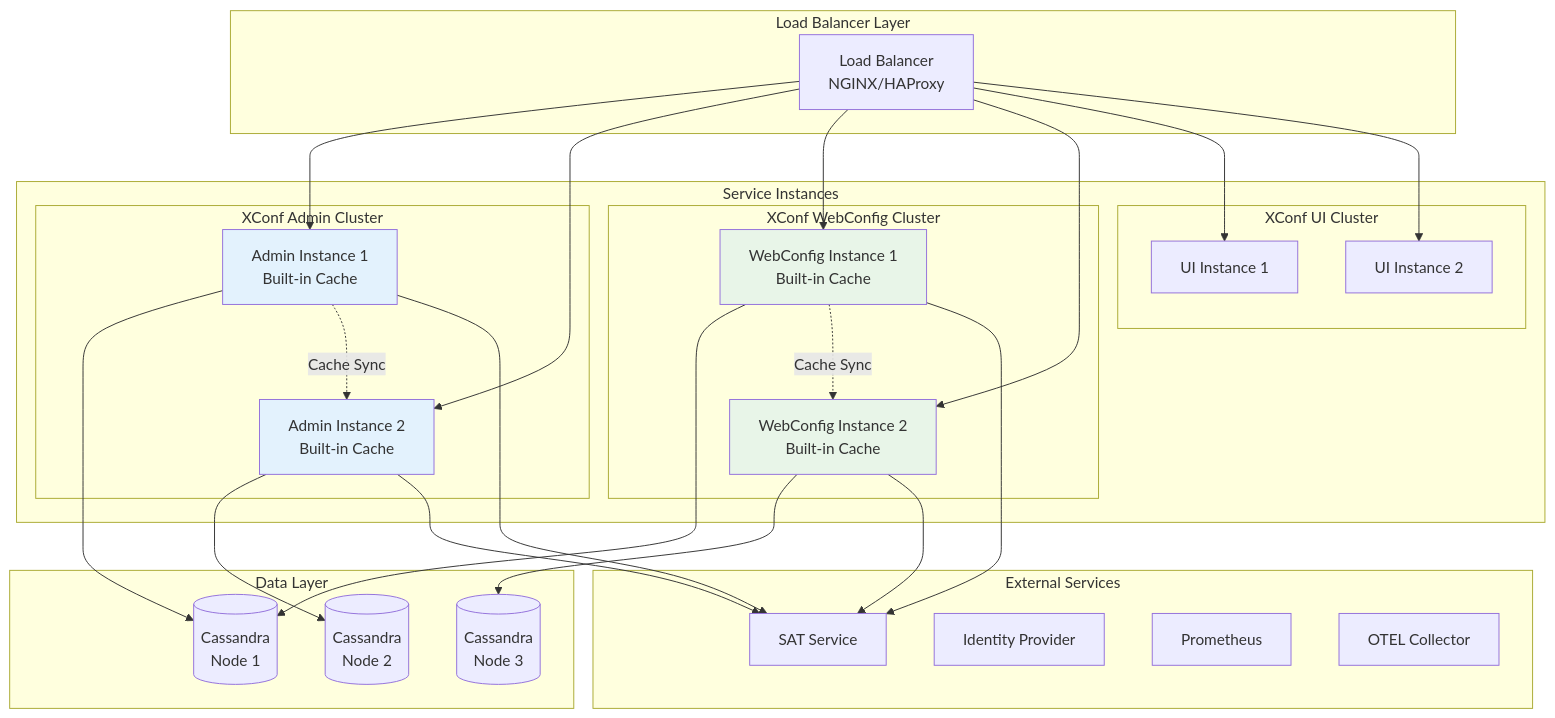
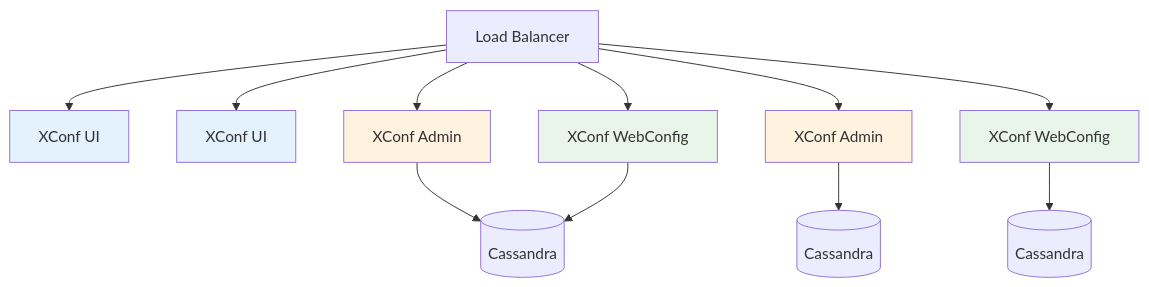
One commit to rdkcentral/xconfadmin changed the second of 2 diagrams in docs/architecture.md. Above: the diagram before and after it, drawn with Mermaid. The commit also changed other lines of this file, not shown here.

````diff
--- a/docs/architecture.md
+++ b/docs/architecture.md
@@ -78,61 +35,41 @@
 ```mermaid
 graph TB
-    subgraph "Load Balancer Layer"
-        LB[Load Balancer<br/>NGINX/HAProxy]
-    end
+    %% Load Balancer
+    LB[Load Balancer]
     
-    subgraph "Service Instances"
-        subgraph "XConf Admin Cluster"
-            XA1[Admin Instance 1<br/>Built-in Cache]
-            XA2[Admin Instance 2<br/>Built-in Cache]
-        end
-        
-        subgraph "XConf WebConfig Cluster"
-            WC1[WebConfig Instance 1<br/>Built-in Cache]
-            WC2[WebConfig Instance 2<br/>Built-in Cache]
-        end
-        
-        subgraph "XConf UI Cluster"
-            UI1[UI Instance 1]
-            UI2[UI Instance 2]
-        end
-    end
+    %% Service Instances
+    UI1[XConf UI]
+    UI2[XConf UI]
     
-    subgraph "Data Layer"
-        C1[(Cassandra<br/>Node 1)]
-        C2[(Cassandra<br/>Node 2)]
-        C3[(Cassandra<br/>Node 3)]
-    end
+    Admin1[XConf Admin]
+    Admin2[XConf Admin] 
     
-    subgraph "External Services"
-        SAT[SAT Service]
-        IDP[Identity Provider]
-        Prometheus[Prometheus]
-        OTEL[OTEL Collector]
-    end
+    Web1[XConf WebConfig]
+    Web2[XConf WebConfig]
     
-    LB --> XA1
-    LB --> XA2
-    LB --> WC1
-    LB --> WC2
+    %% Database Cluster
+    DB1[(Cassandra)]
+    DB2[(Cassandra)]
+    DB3[(Cassandra)]
+    
+    %% Connections
     LB --> UI1
     LB --> UI2
+    LB --> Admin1
+    LB --> Admin2
+    LB --> Web1
+    LB --> Web2
     
-    XA1 --> C1
-    XA2 --> C2
-    WC1 --> C1
-    WC2 --> C3
+    Admin1 --> DB1
+    Admin2 --> DB2
+    Web1 --> DB1
+    Web2 --> DB3
     
-    XA1 -.->|Cache Sync| XA2
-    WC1 -.->|Cache Sync| WC2
-    
-    XA1 --> SAT
-    XA2 --> SAT
-    WC1 --> SAT
-    WC2 --> SAT
-    
-    style XA1 fill:#e3f2fd
-    style XA2 fill:#e3f2fd
-    style WC1 fill:#e8f5e8
-    style WC2 fill:#e8f5e8
+    %% Styling
+    style UI1 fill:#e3f2fd
+    style UI2 fill:#e3f2fd
+    style Admin1 fill:#fff3e0
+    style Admin2 fill:#fff3e0
+    style Web1 fill:#e8f5e8
+    style Web2 fill:#e8f5e8
 ```
````
